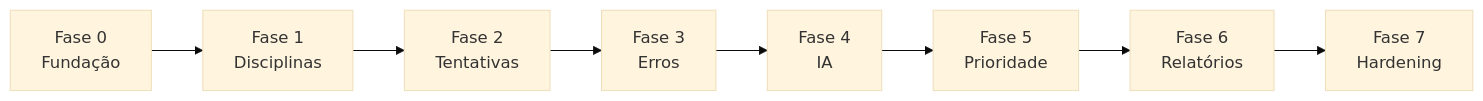
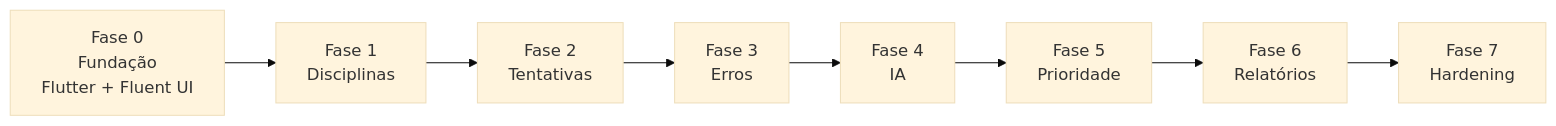
One commit to CFSJCODE/MistakeMap changed the eighth of 9 diagrams in .github/README.md. Above: the diagram before and after it, drawn with Mermaid (base theme). The commit also changed other lines of this file, not shown here.

First line of the commit message:
Integrate Fluent UI into project documentation

````diff
--- a/.github/README.md
+++ b/.github/README.md
@@ -958,10 +1384,10 @@
 ```mermaid
 flowchart LR
-    F0["Fase 0<br/>Fundação"] --> F1["Fase 1<br/>Disciplinas"]
+    F0["Fase 0<br/>Fundação<br/>Flutter + Fluent UI"] --> F1["Fase 1<br/>Disciplinas"]
     F1 --> F2["Fase 2<br/>Tentativas"]
     F2 --> F3["Fase 3<br/>Erros"]
     F3 --> F4["Fase 4<br/>IA"]
     F4 --> F5["Fase 5<br/>Prioridade"]
     F5 --> F6["Fase 6<br/>Relatórios"]
     F6 --> F7["Fase 7<br/>Hardening"]
 ```
````
